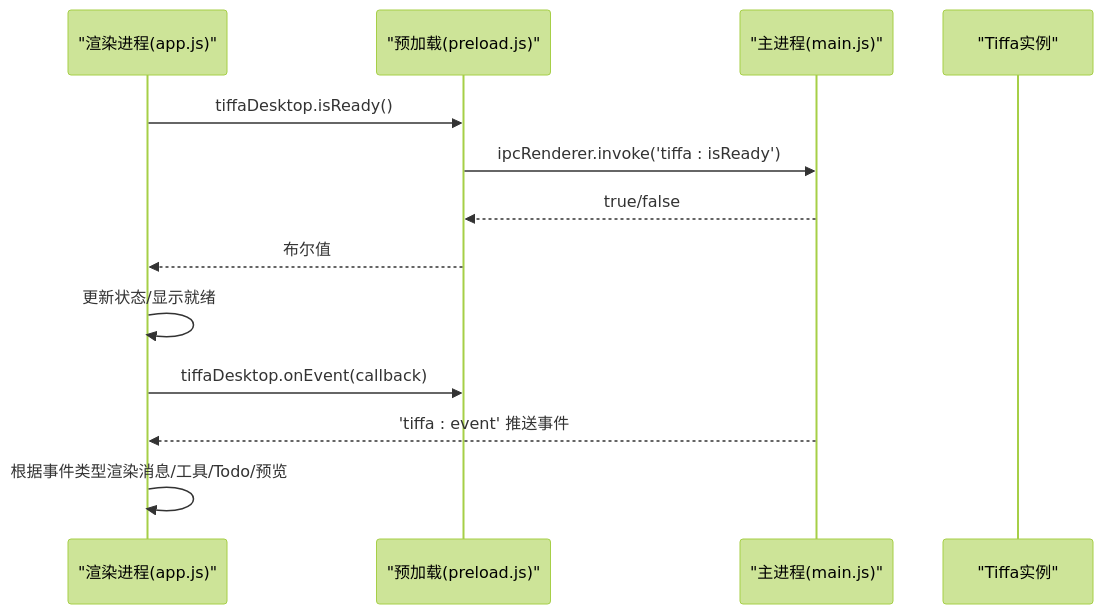
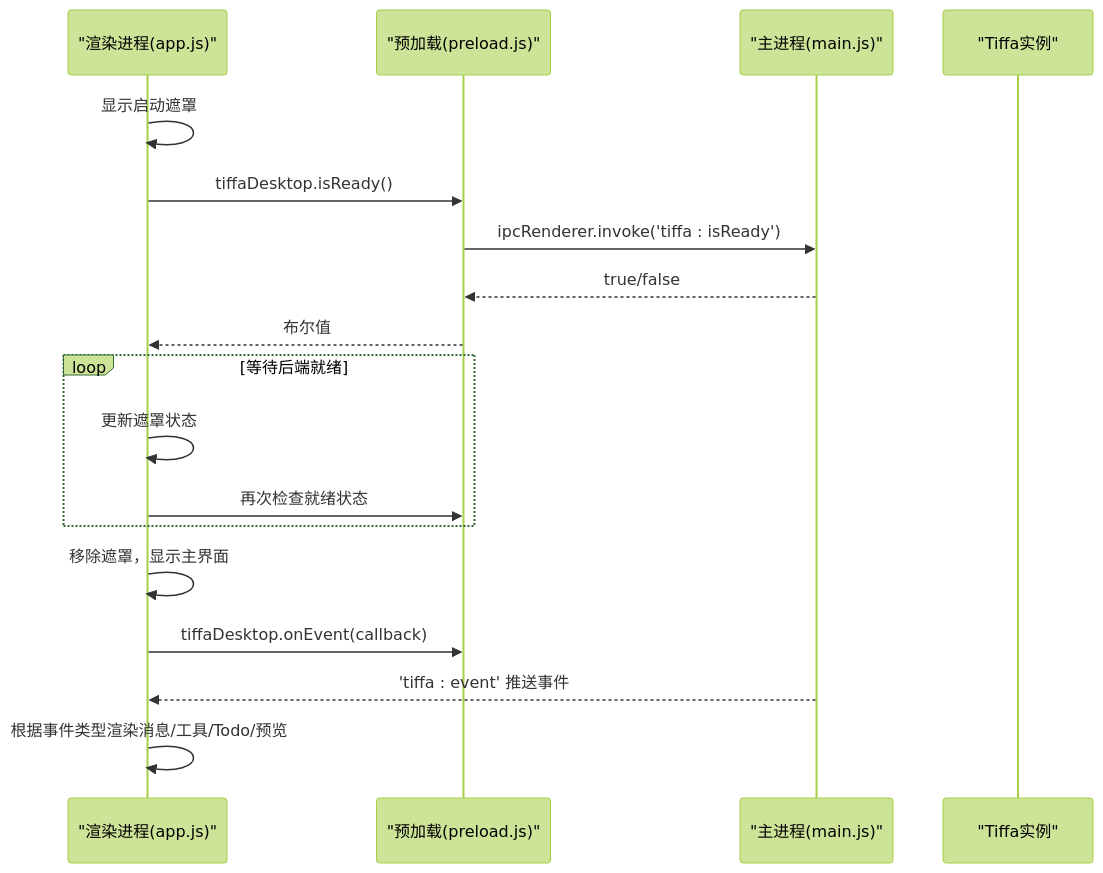
The fifth of 8 diagrams in .qoder/repowiki/zh/content/核心架构/Electron应用架构.md (swond-Mao/Tiffa), drawn with Mermaid (forest theme) before and after one commit. The commit also changed other lines of this file and 359 other files, not shown here.

````diff
--- a/.qoder/repowiki/zh/content/核心架构/Electron应用架构.md
+++ b/.qoder/repowiki/zh/content/核心架构/Electron应用架构.md
@@ -210,15 +240,20 @@
 ```mermaid
 sequenceDiagram
 participant R as "渲染进程(app.js)"
 participant P as "预加载(preload.js)"
 participant M as "主进程(main.js)"
 participant I as "Tiffa实例"
+R->>R : 显示启动遮罩
 R->>P : tiffaDesktop.isReady()
 P->>M : ipcRenderer.invoke('tiffa : isReady')
 M-->>P : true/false
 P-->>R : 布尔值
-R->>R : 更新状态/显示就绪
+loop 等待后端就绪
+R->>R : 更新遮罩状态
+R->>P : 再次检查就绪状态
+end
+R->>R : 移除遮罩，显示主界面
 R->>P : tiffaDesktop.onEvent(callback)
 M-->>R : 'tiffa : event' 推送事件
 R->>R : 根据事件类型渲染消息/工具/Todo/预览
 ```
````
